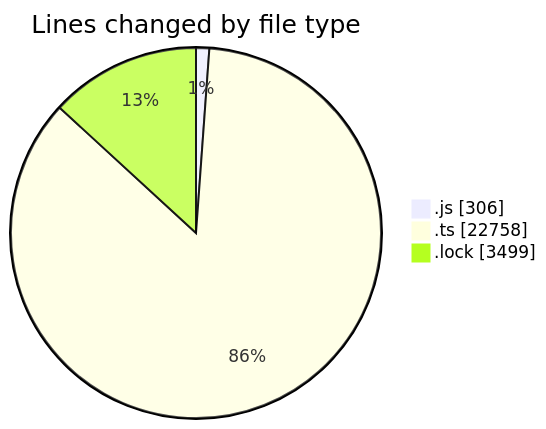
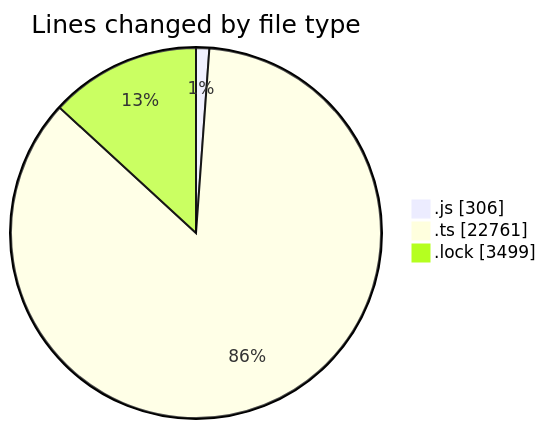
The first of 2 diagrams in 2025-05-27/cda/README.md (momahboobian/code-tracking), drawn with Mermaid before and after one commit. The commit also changed other lines of this file and 1 other file, not shown here.

````diff
--- a/2025-05-27/cda/README.md
+++ b/2025-05-27/cda/README.md
@@ -28,7 +28,7 @@
 ```mermaid
 pie showData
 title Lines changed by file type
 ".js" : 306
-".ts" : 22758
+".ts" : 22761
 ".lock" : 3499
 ```
````
